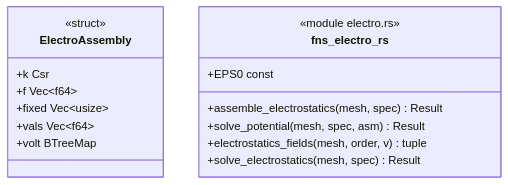
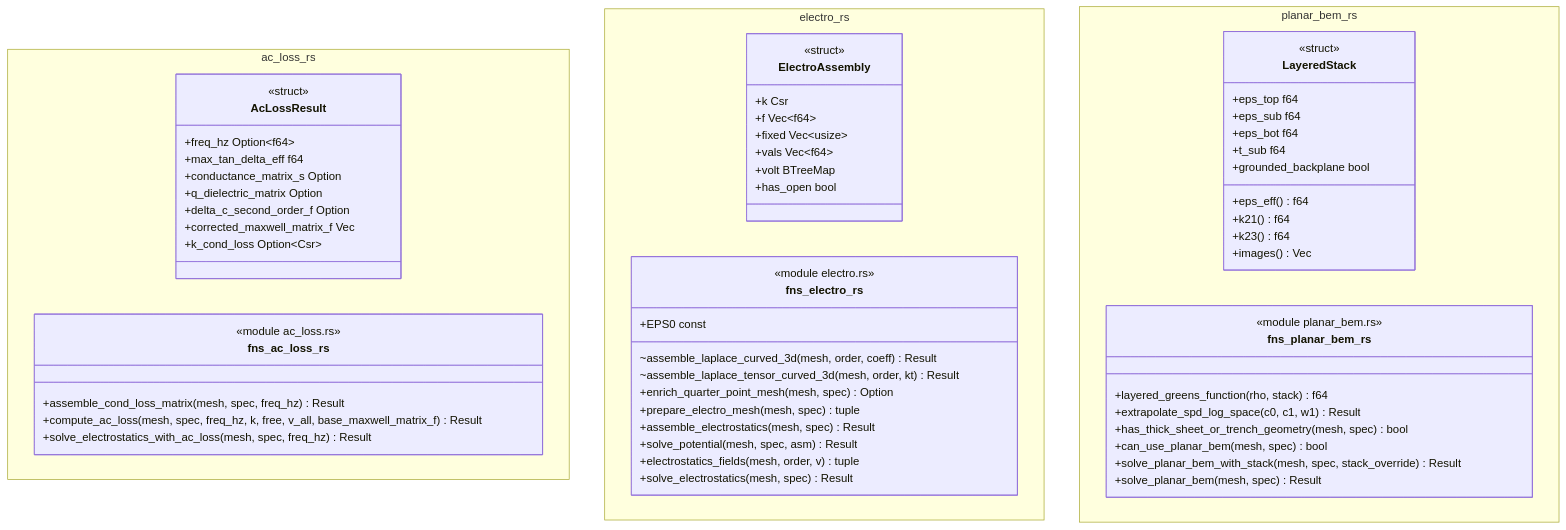
The diagram in docs/architecture/c4/4-code/dfs/electro.md (p-j-r/nyx), drawn with Mermaid before and after one commit. The commit also changed other lines of this file and 150 other files, not shown here.

````diff
--- a/docs/architecture/c4/4-code/dfs/electro.md
+++ b/docs/architecture/c4/4-code/dfs/electro.md
@@ -35,19 +37,67 @@
 ```mermaid
 classDiagram
-  class ElectroAssembly {
-      <<struct>>
-      +k Csr
-      +f Vec~f64~
-      +fixed Vec~usize~
-      +vals Vec~f64~
-      +volt BTreeMap
+  namespace ac_loss_rs {
+    class AcLossResult {
+        <<struct>>
+        +freq_hz Option~f64~
+        +max_tan_delta_eff f64
+        +conductance_matrix_s Option
+        +q_dielectric_matrix Option
+        +delta_c_second_order_f Option
+        +corrected_maxwell_matrix_f Vec
+        +k_cond_loss Option~Csr~
+    }
+    class fns_ac_loss_rs {
+        <<module ac_loss.rs>>
+        +assemble_cond_loss_matrix(mesh, spec, freq_hz) Result
+        +compute_ac_loss(mesh, spec, freq_hz, k, free, v_all, base_maxwell_matrix_f) Result
+        +solve_electrostatics_with_ac_loss(mesh, spec, freq_hz) Result
+    }
   }
-  class fns_electro_rs {
-      <<module electro.rs>>
-      +assemble_electrostatics(mesh, spec) Result
-      +solve_potential(mesh, spec, asm) Result
-      +electrostatics_fields(mesh, order, v) tuple
-      +solve_electrostatics(mesh, spec) Result
-      +EPS0 const
+  namespace electro_rs {
+    class ElectroAssembly {
+        <<struct>>
+        +k Csr
+        +f Vec~f64~
+        +fixed Vec~usize~
+        +vals Vec~f64~
+        +volt BTreeMap
+        +has_open bool
+    }
+    class fns_electro_rs {
+        <<module electro.rs>>
+        ~assemble_laplace_curved_3d(mesh, order, coeff) Result
+        ~assemble_laplace_tensor_curved_3d(mesh, order, kt) Result
+        +enrich_quarter_point_mesh(mesh, spec) Option
+        +prepare_electro_mesh(mesh, spec) tuple
+        +assemble_electrostatics(mesh, spec) Result
+        +solve_potential(mesh, spec, asm) Result
+        +electrostatics_fields(mesh, order, v) tuple
+        +solve_electrostatics(mesh, spec) Result
+        +EPS0 const
+    }
+  }
+  namespace planar_bem_rs {
+    class LayeredStack {
+        <<struct>>
+        +eps_top f64
+        +eps_sub f64
+        +eps_bot f64
+        +t_sub f64
+        +grounded_backplane bool
+        +eps_eff() f64
+        +k21() f64
+        +k23() f64
+        +images() Vec
+    }
+    class fns_planar_bem_rs {
+        <<module planar_bem.rs>>
+        +layered_greens_function(rho, stack) f64
+        +extrapolate_spd_log_space(c0, c1, w1) Result
+        +has_thick_sheet_or_trench_geometry(mesh, spec) bool
+        +can_use_planar_bem(mesh, spec) bool
+        +solve_planar_bem_with_stack(mesh, spec, stack_override) Result
+        +solve_planar_bem(mesh, spec) Result
+    }
   }
 ```
````
